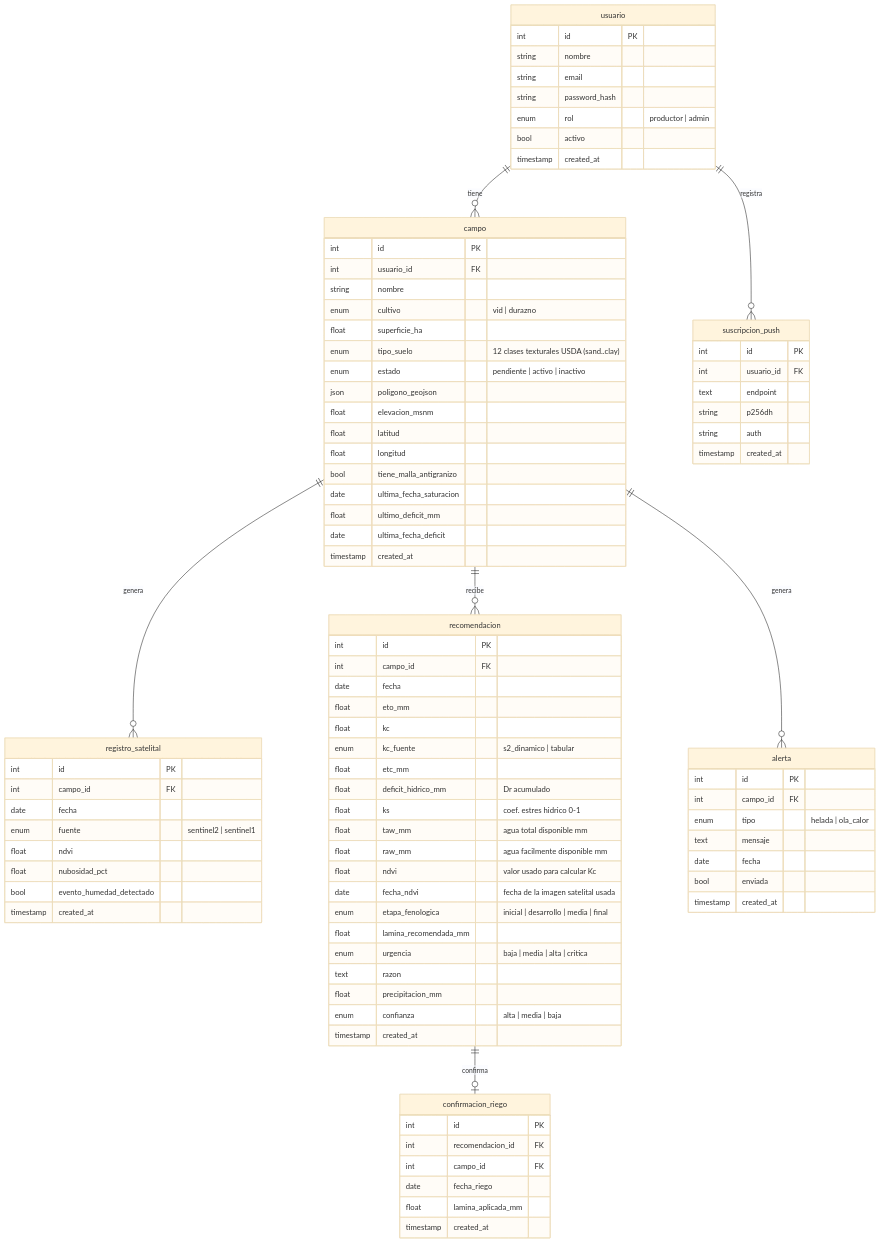
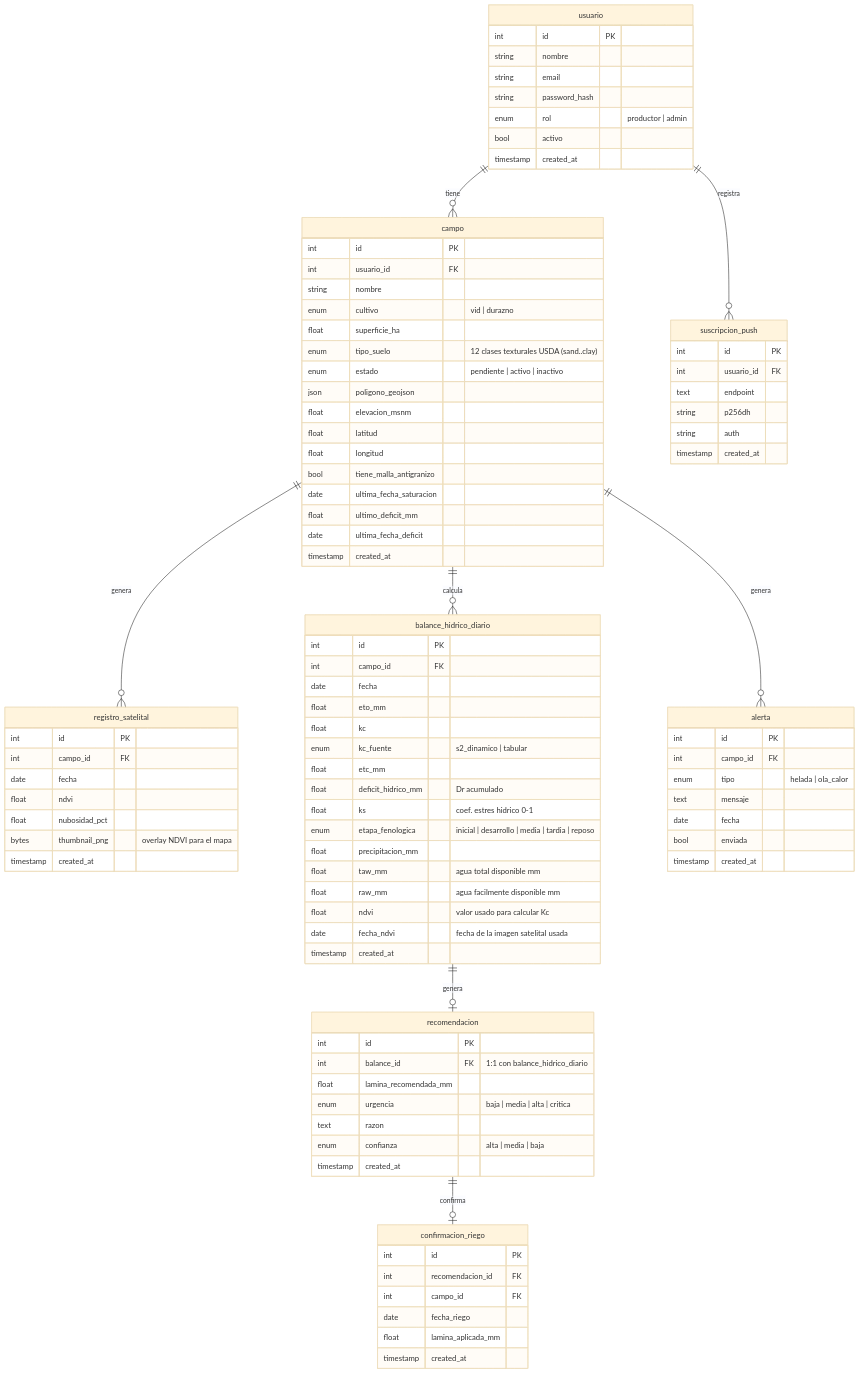
One commit to Pachi69/irrigation-advisor changed the diagram in docs/modelo-datos/er-diagram.md. Above: the diagram before and after it, drawn with Mermaid (base theme). The commit also changed other lines of this file, not shown here.

Commit message:
docs: actualizar ER - agregar balance_hidrico_diario y quitar Sentinel-1
Separa balance_hidrico_diario (DailyWaterBalance) de recomendacion (relacion 1:1), corrige las relaciones y el enum de etapa fenologica. Elimina Sentinel-1 del modelo documentado (no implementado y redundante con la confirmacion de riego manual + lluvia de Open-Meteo): registro_satelital queda como tabla de NDVI de Sentinel-2.

````diff
--- a/docs/modelo-datos/er-diagram.md
+++ b/docs/modelo-datos/er-diagram.md
@@ -37,14 +37,13 @@
         int id PK
         int campo_id FK
         date fecha
-        enum fuente "sentinel2 | sentinel1"
         float ndvi
         float nubosidad_pct
-        bool evento_humedad_detectado
+        bytes thumbnail_png "overlay NDVI para el mapa"
         timestamp created_at
     }
 
-    recomendacion {
+    balance_hidrico_diario {
         int id PK
         int campo_id FK
         date fecha
@@ -54,15 +53,21 @@
         float etc_mm
         float deficit_hidrico_mm "Dr acumulado"
         float ks "coef. estres hidrico 0-1"
+        enum etapa_fenologica "inicial | desarrollo | media | tardia | reposo"
+        float precipitacion_mm
         float taw_mm "agua total disponible mm"
         float raw_mm "agua facilmente disponible mm"
         float ndvi "valor usado para calcular Kc"
         date fecha_ndvi "fecha de la imagen satelital usada"
-        enum etapa_fenologica "inicial | desarrollo | media | final"
+        timestamp created_at
+    }
+
+    recomendacion {
+        int id PK
+        int balance_id FK "1:1 con balance_hidrico_diario"
         float lamina_recomendada_mm
         enum urgencia "baja | media | alta | critica"
         text razon
-        float precipitacion_mm
         enum confianza "alta | media | baja"
         timestamp created_at
     }
@@ -95,10 +100,11 @@
         timestamp created_at
     }
 
-    usuario       ||--o{ campo              : "tiene"
-    campo         ||--o{ registro_satelital : "genera"
-    campo         ||--o{ recomendacion      : "recibe"
-    campo         ||--o{ alerta             : "genera"
-    recomendacion ||--o| confirmacion_riego : "confirma"
-    usuario       ||--o{ suscripcion_push   : "registra"
+    usuario                ||--o{ campo                  : "tiene"
+    campo                  ||--o{ registro_satelital     : "genera"
+    campo                  ||--o{ balance_hidrico_diario : "calcula"
+    balance_hidrico_diario ||--o| recomendacion          : "genera"
+    campo                  ||--o{ alerta                 : "genera"
+    recomendacion          ||--o| confirmacion_riego     : "confirma"
+    usuario                ||--o{ suscripcion_push       : "registra"
 ```
````
